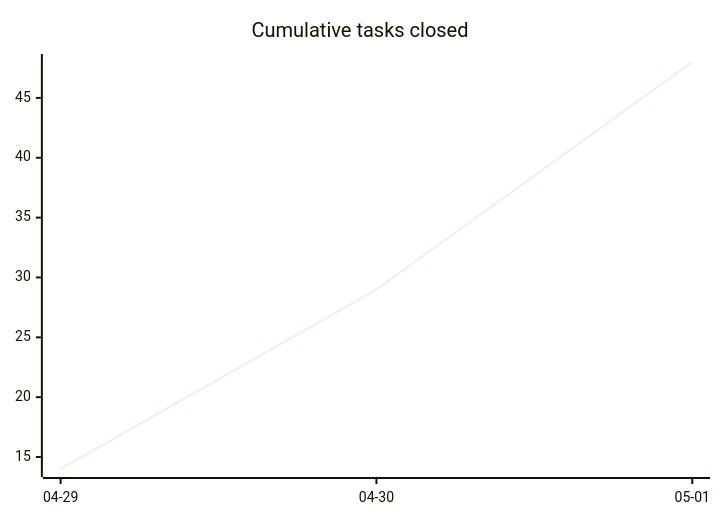
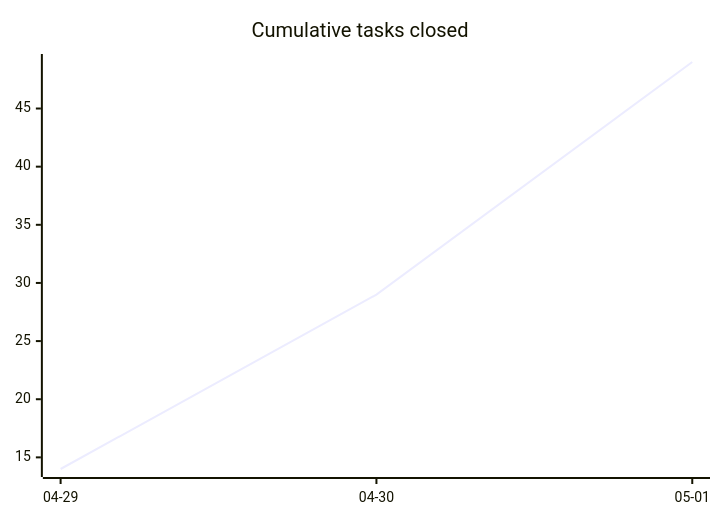
Before and after one commit to tgd1975/AwesomeStudioPedal: the first of 3 diagrams in docs/developers/tasks/OVERVIEW.md, drawn with Mermaid. The commit also changed other lines of this file and 6 other files, not shown here.

````diff
--- a/docs/developers/tasks/OVERVIEW.md
+++ b/docs/developers/tasks/OVERVIEW.md
@@ -22,6 +22,6 @@
 ```mermaid
 xychart-beta
     title "Cumulative tasks closed"
     x-axis ["04-29", "04-30", "05-01"]
-    line [14, 29, 48]
+    line [14, 29, 49]
 ```
````
